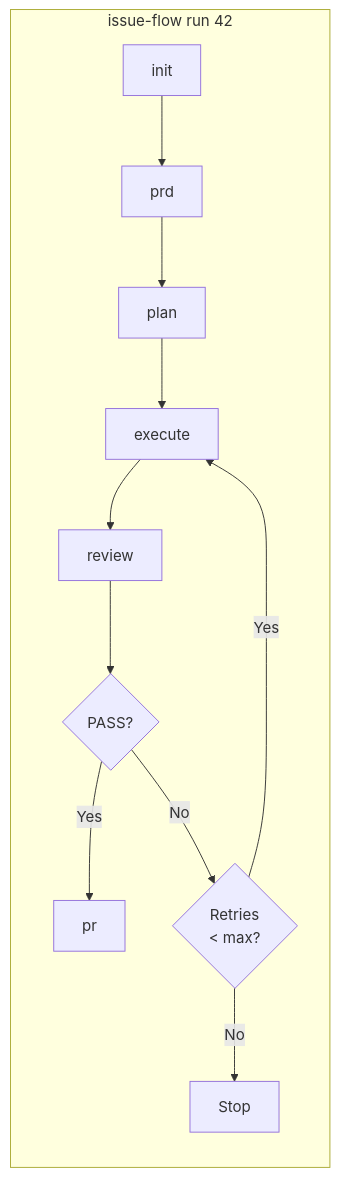
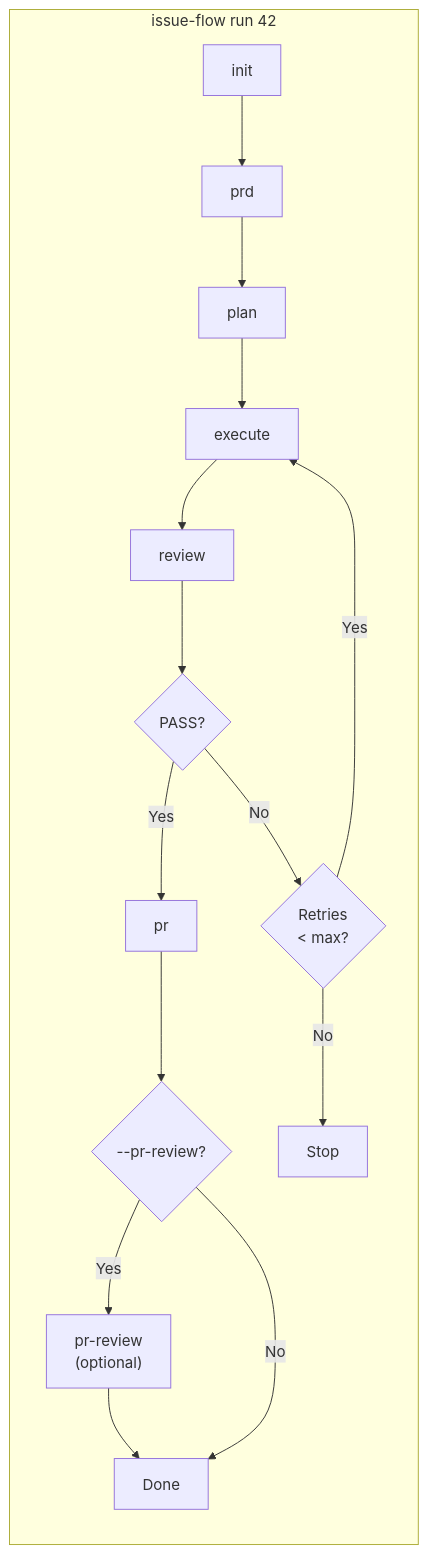
One commit to fabioassuncao/agent-skills changed the diagram in README.md. Above: the diagram before and after it, drawn with Mermaid. The commit also changed other lines of this file and 3 other files, not shown here.

````diff
--- a/README.md
+++ b/README.md
@@ -37,14 +37,18 @@
 ```mermaid
 flowchart LR
     subgraph "issue-flow run 42"
         A["init"] --> B["prd"]
         B --> C["plan"]
         C --> D["execute"]
         D --> E["review"]
         E --> F{PASS?}
         F -- Yes --> G["pr"]
         F -- No --> H{"Retries\n< max?"}
         H -- Yes --> D
         H -- No --> I["Stop"]
+        G --> J{"--pr-review?"}
+        J -- Yes --> K["pr-review\n(optional)"]
+        J -- No --> L["Done"]
+        K --> L
     end
 ```
````
